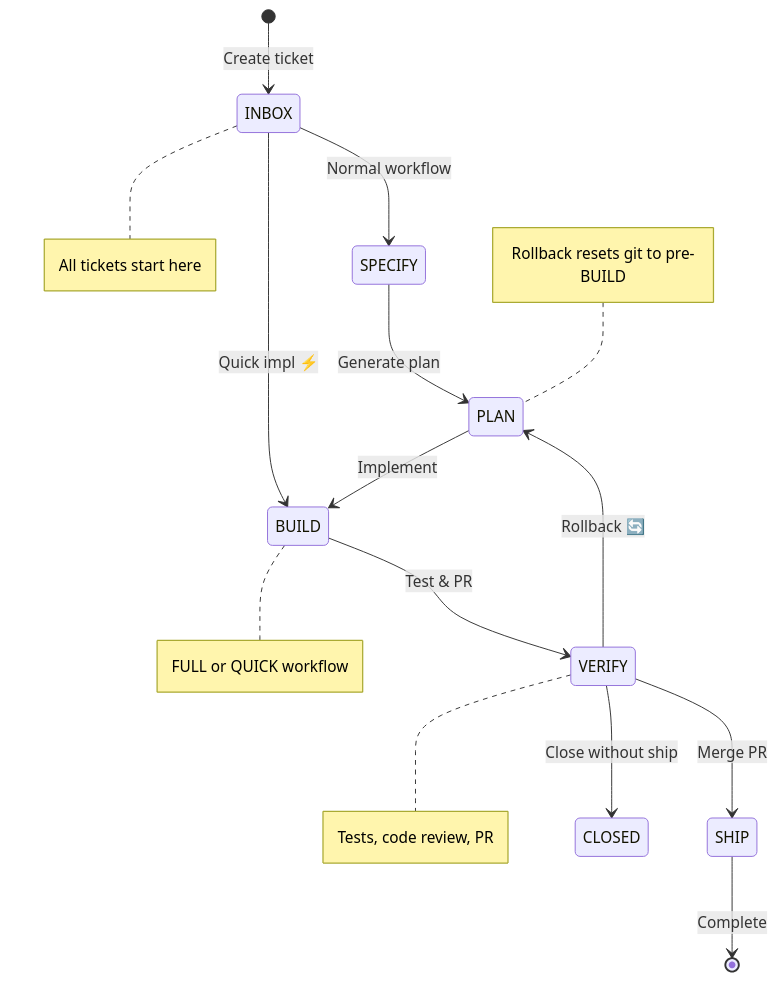
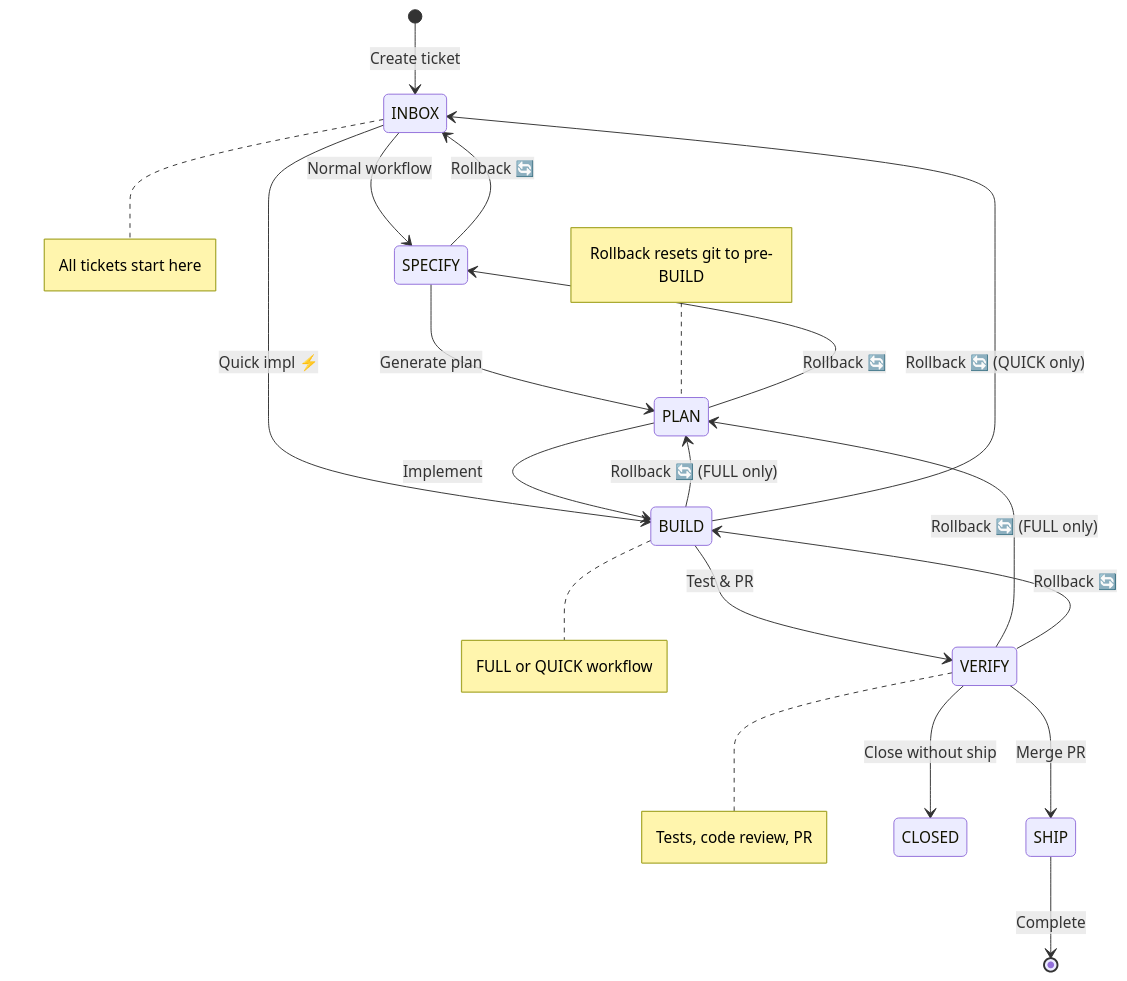
The diagram in specs/specifications/functional/02-ticket-management.md (bfernandez31/ai-board), drawn with Mermaid before and after one commit. The commit also changed other lines of this file and 3 other files, not shown here.

````diff
--- a/specs/specifications/functional/02-ticket-management.md
+++ b/specs/specifications/functional/02-ticket-management.md
@@ -9,23 +9,29 @@
 ```mermaid
 stateDiagram-v2
     [*] --> INBOX: Create ticket
 
     INBOX --> SPECIFY: Normal workflow
     INBOX --> BUILD: Quick impl ⚡
 
     SPECIFY --> PLAN: Generate plan
+    SPECIFY --> INBOX: Rollback 🔄
+
     PLAN --> BUILD: Implement
+    PLAN --> SPECIFY: Rollback 🔄
 
     BUILD --> VERIFY: Test & PR
+    BUILD --> PLAN: Rollback 🔄 (FULL only)
+    BUILD --> INBOX: Rollback 🔄 (QUICK only)
 
-    VERIFY --> PLAN: Rollback 🔄
+    VERIFY --> PLAN: Rollback 🔄 (FULL only)
+    VERIFY --> BUILD: Rollback 🔄
     VERIFY --> SHIP: Merge PR
     VERIFY --> CLOSED: Close without ship
 
     SHIP --> [*]: Complete
 
     note right of INBOX: All tickets start here
     note right of BUILD: FULL or QUICK workflow
     note right of VERIFY: Tests, code review, PR
     note left of PLAN: Rollback resets git to pre-BUILD
 ```
````
